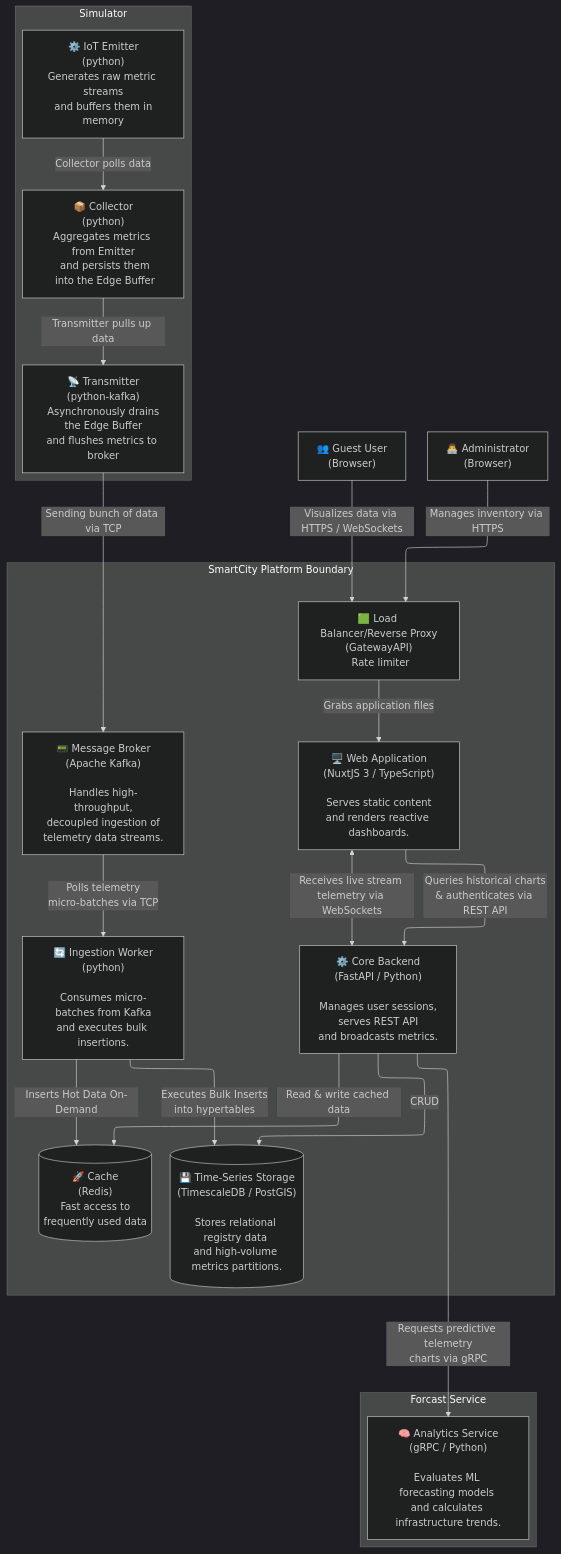
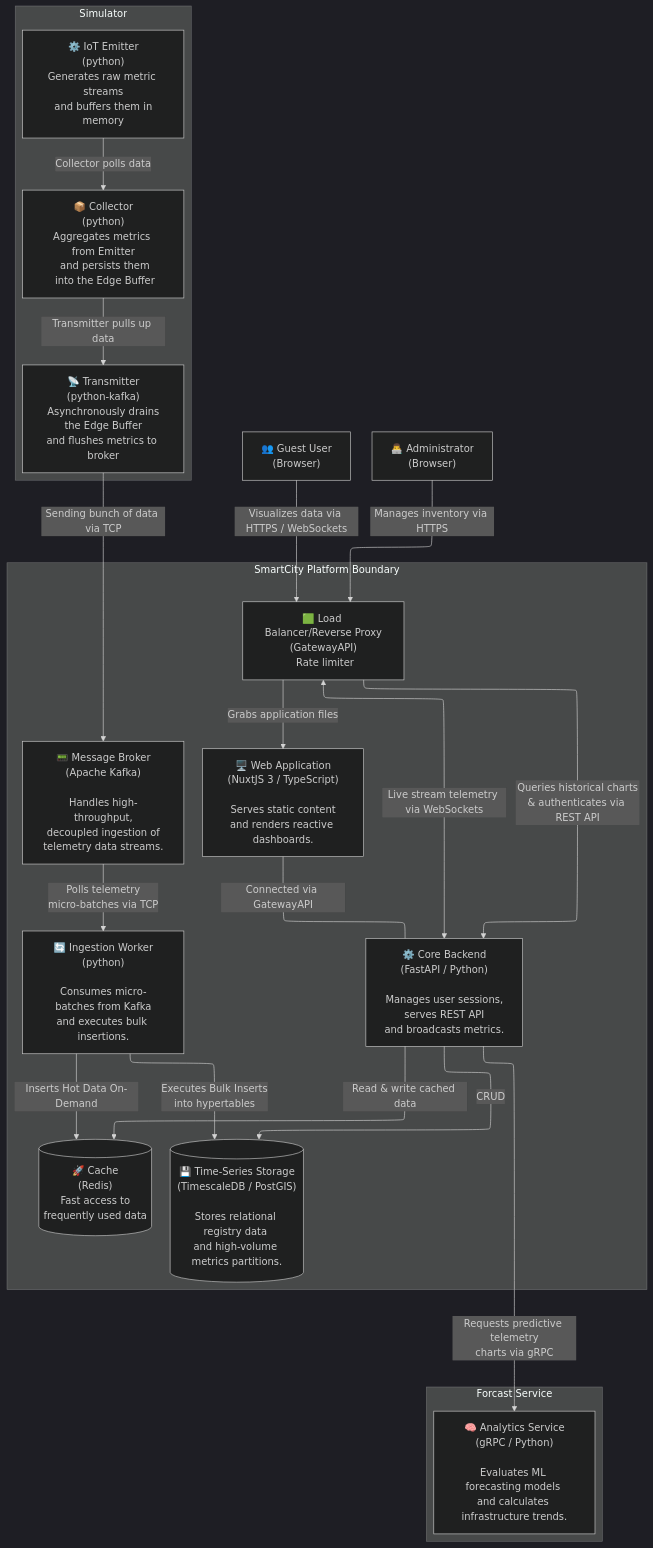
Before and after one commit to Upcomer2077/SmartCity: the diagram in docs/02_architecture/c4_2_container.md, drawn with Mermaid (dark theme). The commit also changed 11 other files, not shown here.

````diff
--- a/docs/02_architecture/c4_2_container.md
+++ b/docs/02_architecture/c4_2_container.md
@@ -5,64 +5,65 @@
 ```mermaid
 ---
 config:
   layout: elk
 ---
 flowchart TB
     %% --- Users ---
     Guest["👥 Guest User\n(Browser)"]
     Admin["👨‍💻 Administrator\n(Browser)"]
 
     %% --- Container Boundary ---
     subgraph Platform["SmartCity Platform Boundary"]
         %% Load balancer
         GatewayAPI["🟩 Load Balancer/Reverse Proxy\n(GatewayAPI)\n Rate limiter"]
         %% Frontend
         WebUI["🖥️ Web Application\n(NuxtJS 3 / TypeScript)\n\nServes static content\nand renders reactive dashboards."]
         
         %% Ingestion & Brokers
         Kafka["📟 Message Broker\n(Apache Kafka)\n\nHandles high-throughput,\ndecoupled ingestion of\ntelemetry data streams."]
         
         %% Cache
         Redis[("🚀 Cache\n(Redis)\nFast access to\nfrequently used data")]
         
         %% Core Backend
         Core["⚙️ Core Backend\n(FastAPI / Python)\n\nManages user sessions,\nserves REST API \nand broadcasts metrics."]
         
         %% Time-series Worker
         Ingestor["🔄 Ingestion Worker\n(python)\n\nConsumes micro-batches from Kafka\nand executes bulk insertions."]
        
         %% Database Cluster
         Timescale[("💾 Time-Series Storage\n(TimescaleDB / PostGIS)\n\nStores relational registry data \nand high-volume metrics partitions.")]
     end
      %% Analytics Module
     subgraph Forcast Service
     Analytics["🧠 Analytics Service\n(gRPC / Python)\n\nEvaluates ML forecasting models \nand calculates infrastructure trends."]
     end
 
     %% --- External Sources ---
     subgraph Simulator
     Emitter["⚙️ IoT Emitter\n(python)\nGenerates raw metric streams\n and buffers them in memory"]
     Collector["📦 Collector\n(python)\nAggregates metrics from Emitter\n and persists them\n into the Edge Buffer"]
     Transmitter["📡 Transmitter\n(python-kafka)\nAsynchronously drains\n the Edge Buffer \nand flushes metrics to broker"]
     end
     %% --- Connections ---
     
     Guest -->|Visualizes data via HTTPS / WebSockets| GatewayAPI
     Admin -->|Manages inventory via HTTPS| GatewayAPI
     GatewayAPI -->|Grabs application files| WebUI
 
-    WebUI -->|Queries historical charts\n& authenticates via REST API| Core
-    WebUI <-->|Receives live stream telemetry via WebSockets| Core
-    
+    GatewayAPI -->|Queries historical charts\n& authenticates via REST API| Core
+    GatewayAPI <-->|Live stream telemetry via WebSockets| Core
+    WebUI ---|Connected via GatewayAPI|Core
+
     Emitter -->|"Collector polls data"| Collector
     Collector -->|"Transmitter pulls up data"| Transmitter
     Transmitter -->|Sending bunch of data via TCP| Kafka
     Kafka -->|Polls telemetry \nmicro-batches via TCP| Ingestor
 
     Ingestor -->|Executes Bulk Inserts\ninto hypertables| Timescale
     Ingestor -->|Inserts Hot Data On-Demand| Redis
     Core -->|CRUD| Timescale
     Core -->|"Read & write cached data"| Redis
 
     Core -->|Requests predictive telemetry\ncharts via gRPC| Analytics
 ```
````
